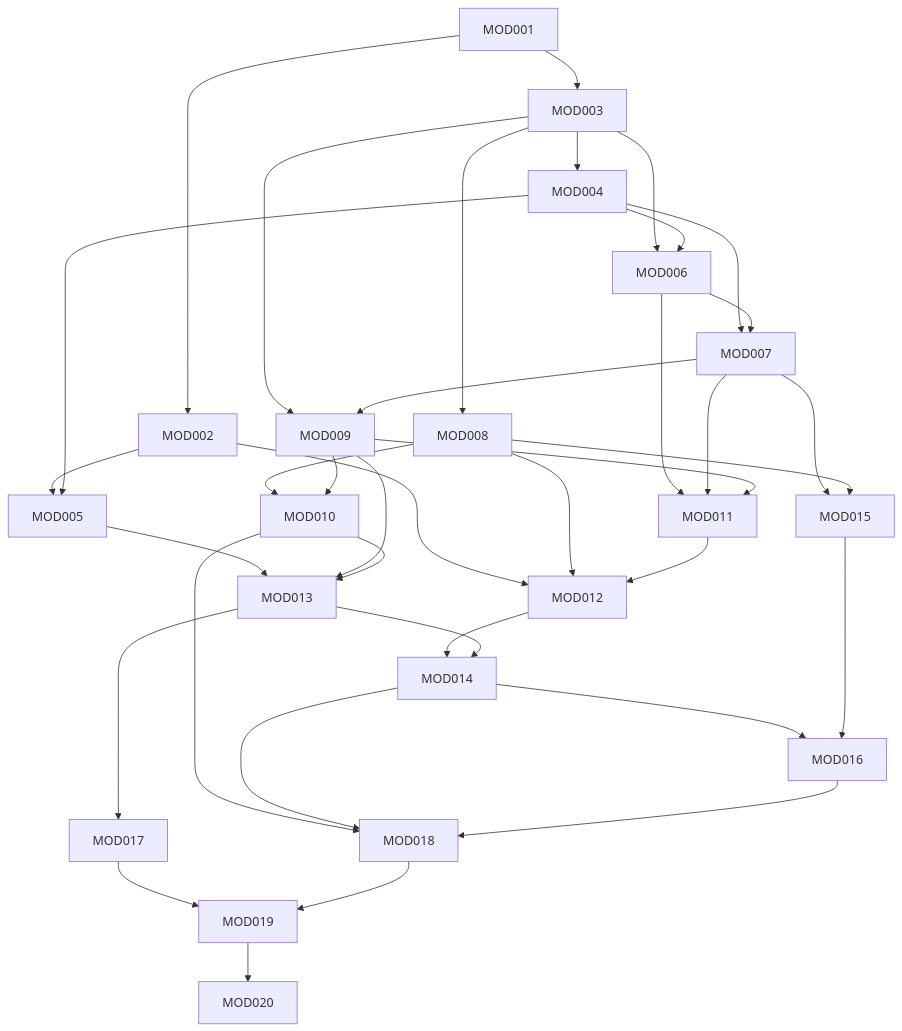
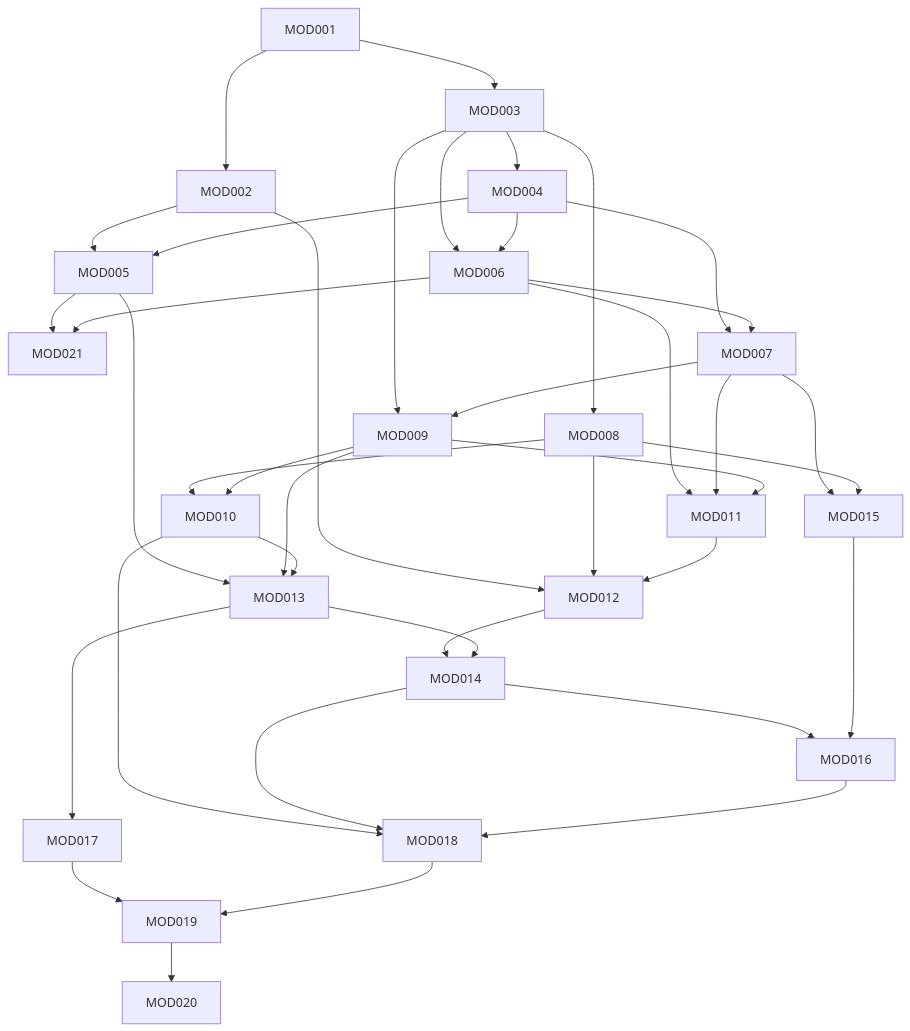
The diagram in docs/plan/task_graph.md (mixed-photon/waffle), drawn with Mermaid before and after one commit. The commit also changed other lines of this file and 32 other files, not shown here.

````diff
--- a/docs/plan/task_graph.md
+++ b/docs/plan/task_graph.md
@@ -7,39 +7,41 @@
 ```mermaid
 graph TD
   MOD001 --> MOD002
   MOD001 --> MOD003
   MOD003 --> MOD004
   MOD003 --> MOD008
   MOD002 --> MOD005
   MOD004 --> MOD005
   MOD003 --> MOD006
   MOD004 --> MOD006
+  MOD005 --> MOD021
+  MOD006 --> MOD021
   MOD004 --> MOD007
   MOD006 --> MOD007
   MOD003 --> MOD009
   MOD007 --> MOD009
   MOD008 --> MOD010
   MOD009 --> MOD010
   MOD006 --> MOD011
   MOD007 --> MOD011
   MOD009 --> MOD011
   MOD002 --> MOD012
   MOD008 --> MOD012
   MOD011 --> MOD012
   MOD005 --> MOD013
   MOD009 --> MOD013
   MOD010 --> MOD013
   MOD012 --> MOD014
   MOD013 --> MOD014
   MOD007 --> MOD015
   MOD008 --> MOD015
   MOD014 --> MOD016
   MOD015 --> MOD016
   MOD013 --> MOD017
   MOD010 --> MOD018
   MOD014 --> MOD018
   MOD016 --> MOD018
   MOD017 --> MOD019
   MOD018 --> MOD019
   MOD019 --> MOD020
 ```
````
